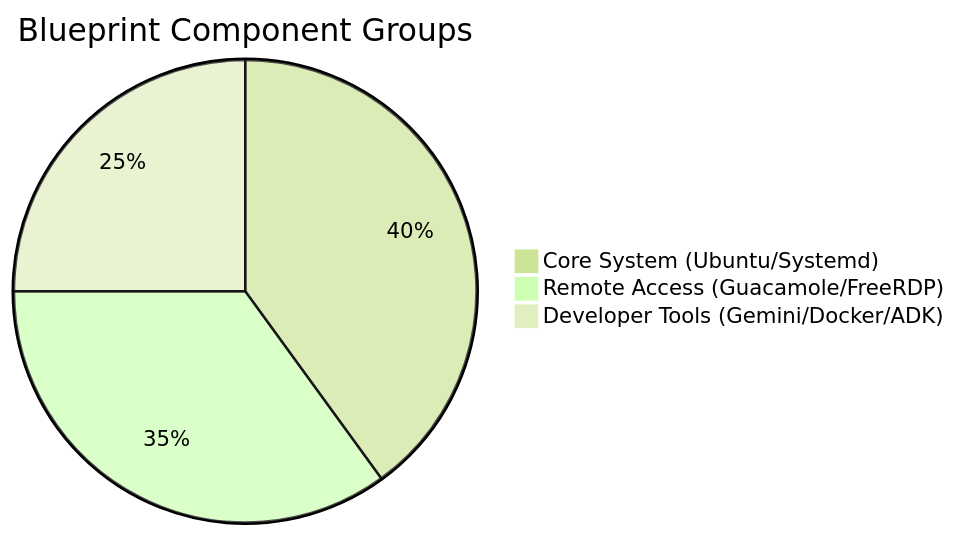
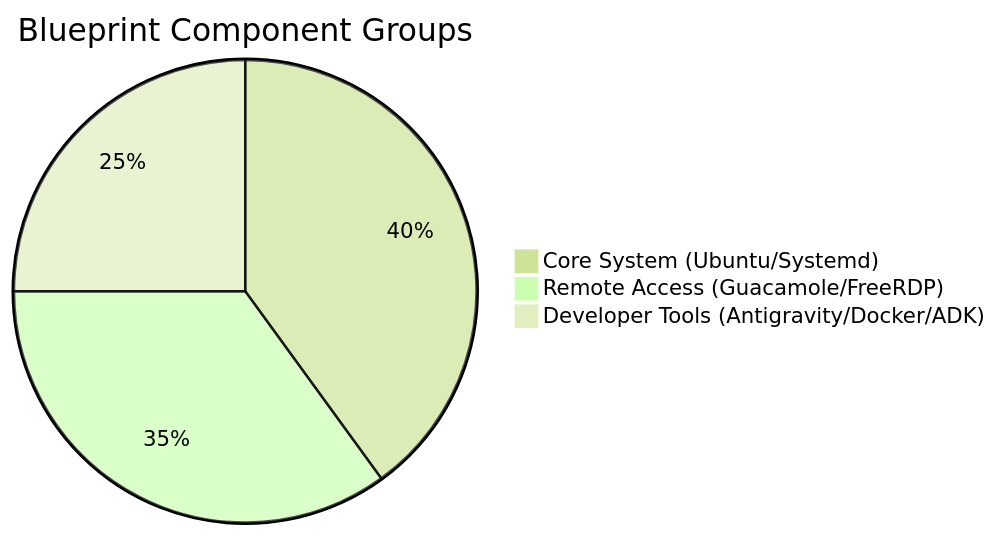
The diagram in apps/workstations/gnome/docs/software_bill_of_materials.md (sce-taid/cicd-foundation), drawn with Mermaid (forest theme) before and after one commit. The commit also changed 16 other files, not shown here.

````diff
--- a/apps/workstations/gnome/docs/software_bill_of_materials.md
+++ b/apps/workstations/gnome/docs/software_bill_of_materials.md
@@ -23,6 +23,6 @@
 ```mermaid
 pie title Blueprint Component Groups
     "Core System (Ubuntu/Systemd)" : 40
     "Remote Access (Guacamole/FreeRDP)" : 35
-    "Developer Tools (Gemini/Docker/ADK)" : 25
+    "Developer Tools (Antigravity/Docker/ADK)" : 25
 ```
````
